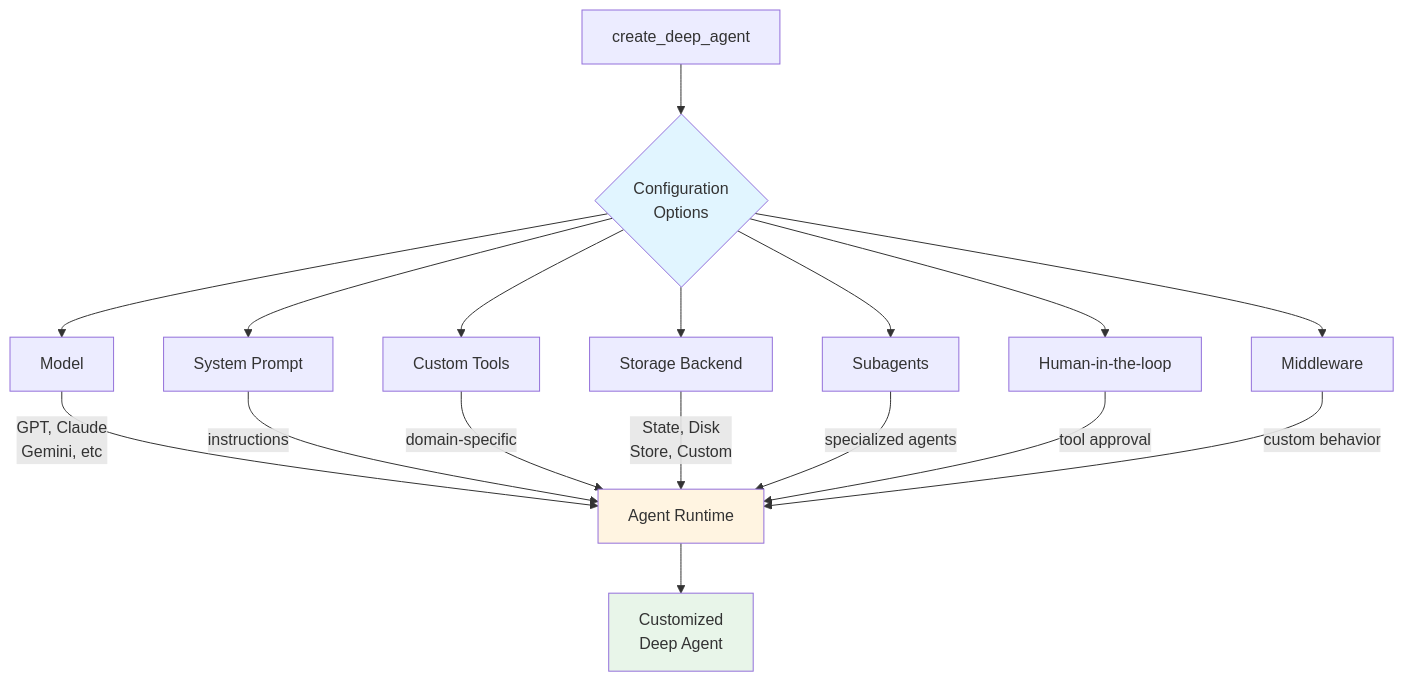
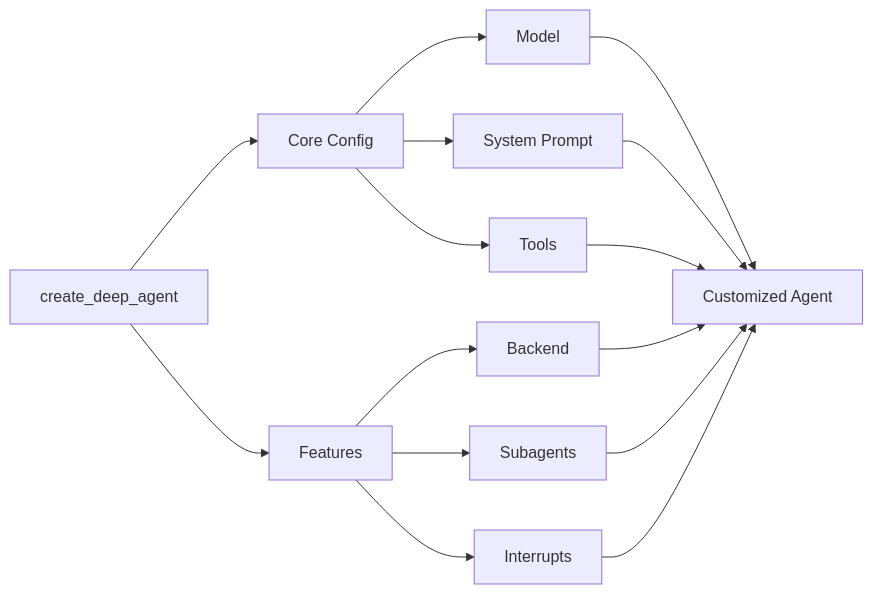
Before and after one commit to langchain-ai/docs: the diagram in src/oss/deepagents/customization.mdx, drawn with Mermaid. The commit also changed 6 other files, not shown here.

````diff
--- a/src/oss/deepagents/customization.mdx
+++ b/src/oss/deepagents/customization.mdx
@@ -7,26 +7,20 @@
 ```mermaid
-graph TB
-    Create[create_deep_agent] --> Config{Configuration<br/>Options}
+graph LR
+    Create[create_deep_agent] --> Core[Core Config]
+    Create --> Features[Features]
 
-    Config --> Model[Model]
-    Config --> Prompt[System Prompt]
-    Config --> Tools[Custom Tools]
-    Config --> Backend[Storage Backend]
-    Config --> Sub[Subagents]
-    Config --> Interrupt[Human-in-the-loop]
-    Config --> Middleware[Middleware]
+    Core --> Model[Model]
+    Core --> Prompt[System Prompt]
+    Core --> Tools[Tools]
 
-    Model --> |GPT, Claude<br/>Gemini, etc| Runtime[Agent Runtime]
-    Prompt --> |instructions| Runtime
-    Tools --> |domain-specific| Runtime
-    Backend --> |State, Disk<br/>Store, Custom| Runtime
-    Sub --> |specialized agents| Runtime
-    Interrupt --> |tool approval| Runtime
-    Middleware --> |custom behavior| Runtime
+    Features --> Backend[Backend]
+    Features --> Sub[Subagents]
+    Features --> Interrupt[Interrupts]
 
-    Runtime --> Agent[Customized<br/>Deep Agent]
-
-    style Config fill:#e1f5ff
-    style Runtime fill:#fff4e1
-    style Agent fill:#e8f5e9
+    Model --> Agent[Customized Agent]
+    Prompt --> Agent
+    Tools --> Agent
+    Backend --> Agent
+    Sub --> Agent
+    Interrupt --> Agent
 ```
````
